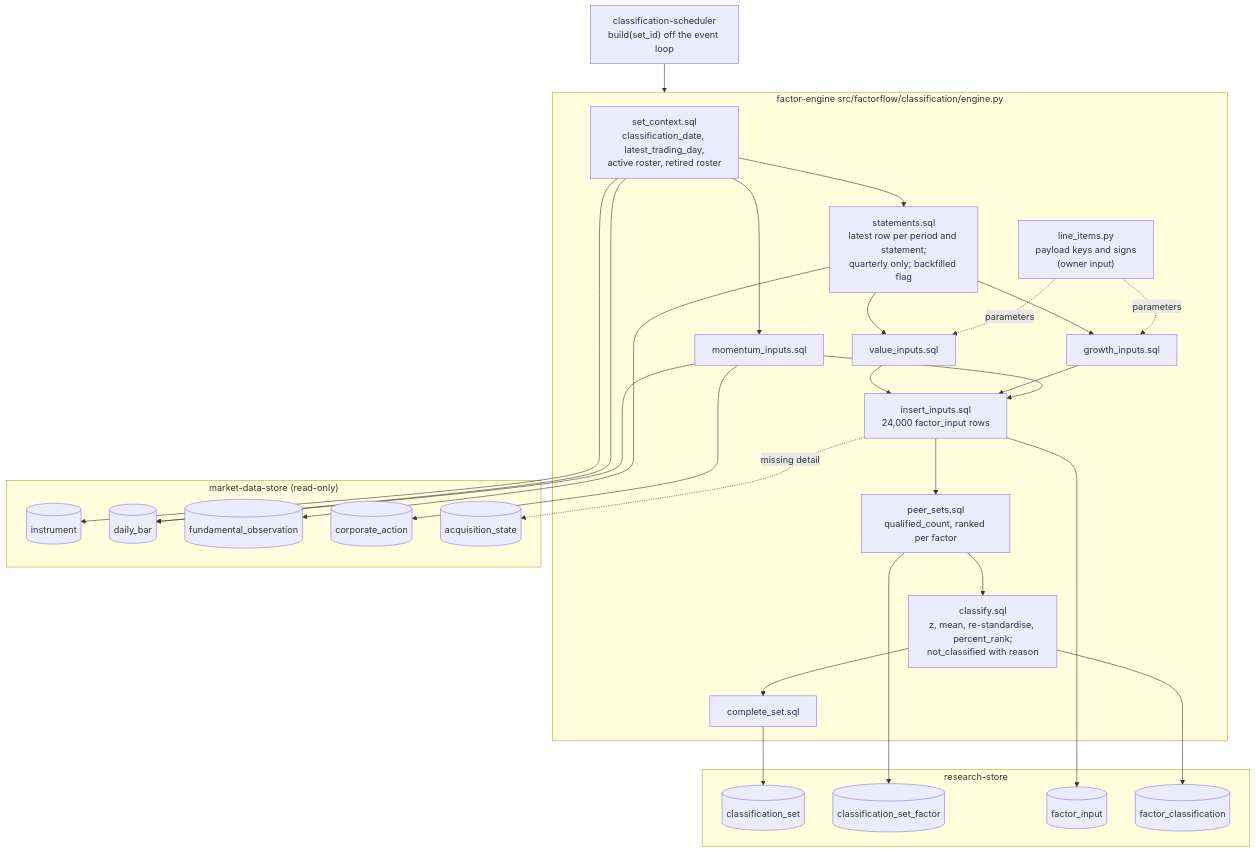
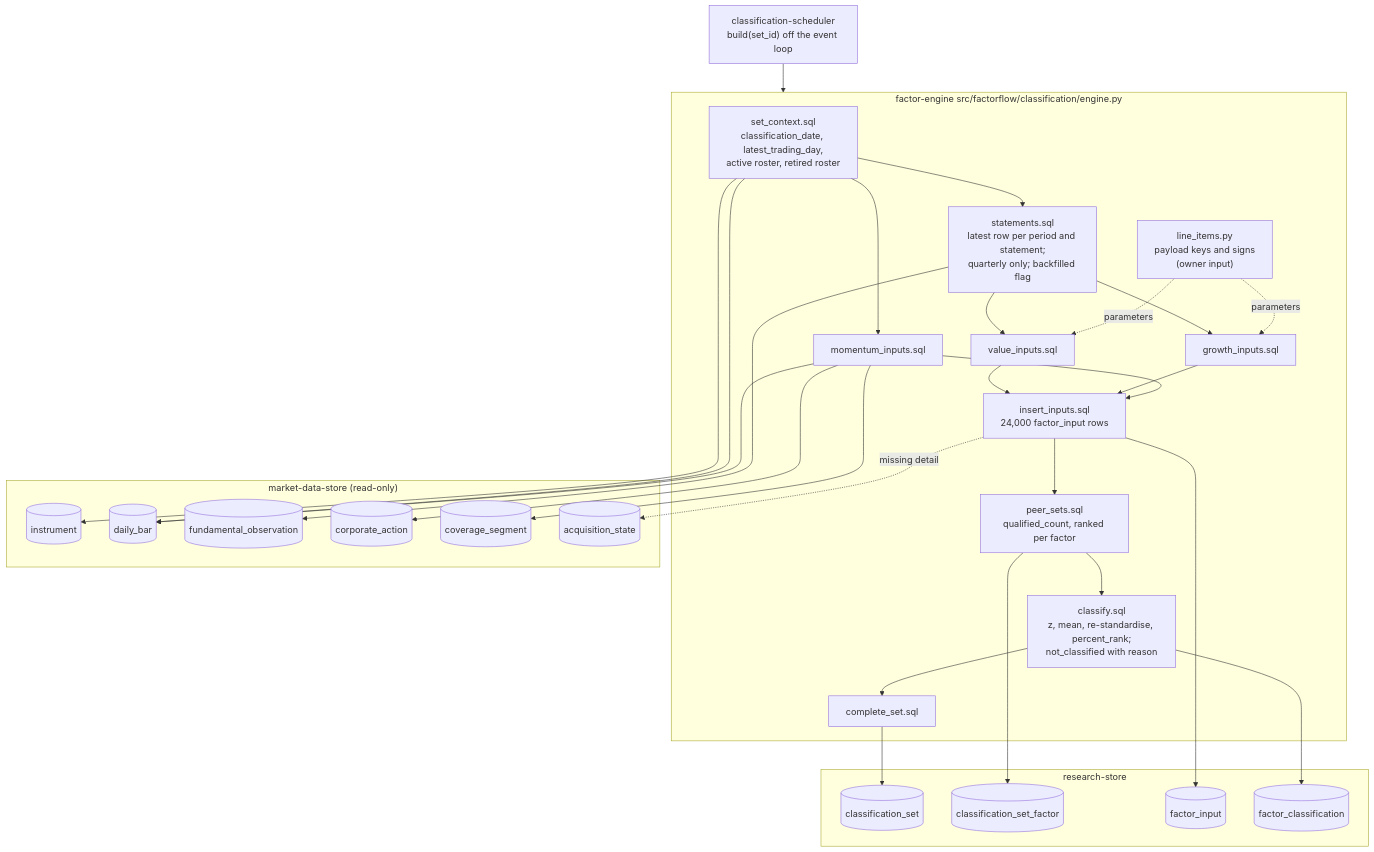
One commit to ajodraca/FactorFlow-v2 changed the first of 2 diagrams in docs/capabilities/CAP-002-universe-and-factor-classification/design/component-design-factor-engine.md. Above: the diagram before and after it, drawn with Mermaid. The commit also changed other lines of this file and 1 other file, not shown here.

First line of the commit message:
docs(CAP-002): momentum requires corporate-actions coverage (B3)

````diff
--- a/docs/capabilities/CAP-002-universe-and-factor-classification/design/component-design-factor-engine.md
+++ b/docs/capabilities/CAP-002-universe-and-factor-classification/design/component-design-factor-engine.md
@@ -200,45 +213,47 @@
 ```mermaid
 flowchart TB
     SCH["classification-scheduler<br/>build(set_id) off the event loop"] --> E
     subgraph E["factor-engine  src/factorflow/classification/engine.py"]
         C0["set_context.sql<br/>classification_date, latest_trading_day,<br/>active roster, retired roster"]
         C1["statements.sql<br/>latest row per period and statement;<br/>quarterly only; backfilled flag"]
         V["value_inputs.sql"]
         G["growth_inputs.sql"]
         M["momentum_inputs.sql"]
         I["insert_inputs.sql<br/>24,000 factor_input rows"]
         P["peer_sets.sql<br/>qualified_count, ranked per factor"]
         K["classify.sql<br/>z, mean, re-standardise, percent_rank;<br/>not_classified with reason"]
         F["complete_set.sql"]
         LI["line_items.py<br/>payload keys and signs<br/>(owner input)"]
         C0 --> C1 --> V --> I
         C1 --> G --> I
         C0 --> M --> I
         I --> P --> K --> F
         LI -.->|parameters| V
         LI -.->|parameters| G
     end
     subgraph MDS["market-data-store (read-only)"]
         INS[("instrument")]
         DB[("daily_bar")]
         FO[("fundamental_observation")]
         CA[("corporate_action")]
+        CV[("coverage_segment")]
         AS[("acquisition_state")]
     end
     subgraph RS["research-store"]
         CS[("classification_set")]
         CSF[("classification_set_factor")]
         FI[("factor_input")]
         FC[("factor_classification")]
     end
     C0 --> INS
     C0 --> DB
     C1 --> FO
     M --> DB
     M --> CA
+    M --> CV
     I -.->|missing detail| AS
     I --> FI
     P --> CSF
     K --> FC
     F --> CS
 ```
````
